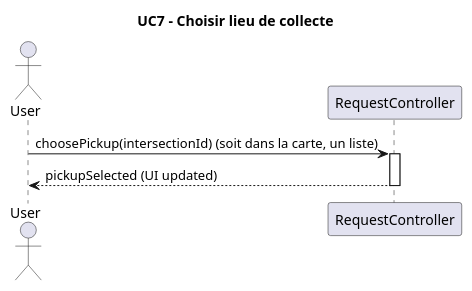
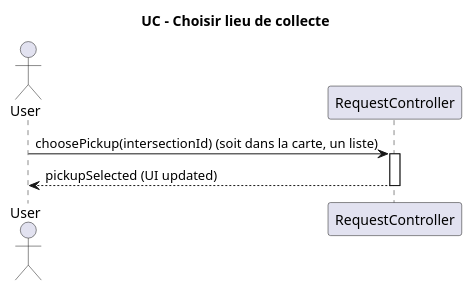
The diagram in diagrams/diagramUC7.plantuml (enzo-dosanjos/Pickup_Delivery_App), drawn with PlantUML before and after one commit. The commit also changed 9 other files, not shown here.

```diff
--- a/diagrams/diagramUC7.plantuml
+++ b/diagrams/diagramUC7.plantuml
@@ -1,12 +1,12 @@
 @startuml
-title UC7 - Choisir lieu de collecte
+title UC - Choisir lieu de collecte
 
 actor User
 participant "RequestController" as RC
 
 User -> RC : choosePickup(intersectionId) (soit dans la carte, un liste)
 activate RC
 
 RC --> User : pickupSelected (UI updated)
 deactivate RC
 @enduml
```
